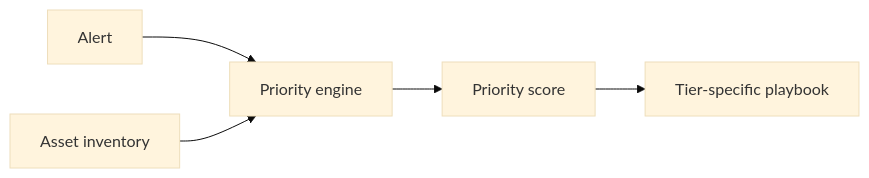
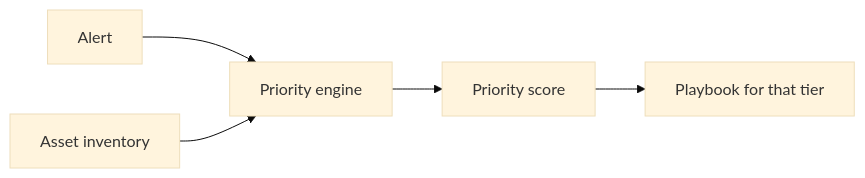
Before and after one commit to Emanuel-Walker/cyber-portfolio: the diagram in 03-crown-jewel-triage/README.md, drawn with Mermaid (base theme). The commit also changed other lines of this file and 3 other files, not shown here.

````diff
--- a/03-crown-jewel-triage/README.md
+++ b/03-crown-jewel-triage/README.md
@@ -7,7 +12,7 @@
 ```mermaid
 flowchart LR
     A[Alert] --> C[Priority engine]
     B[Asset inventory] --> C
     C --> D[Priority score]
-    D --> E[Tier-specific playbook]
+    D --> E[Playbook for that tier]
 ```
````
